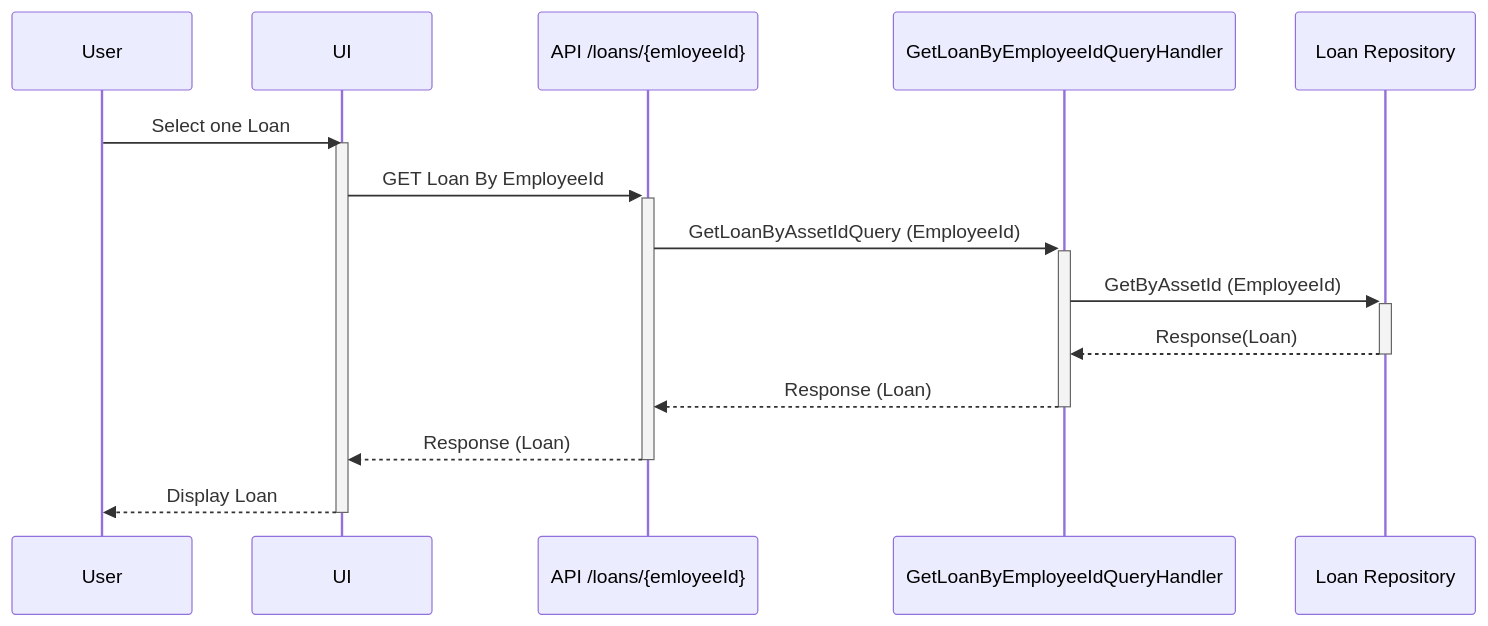
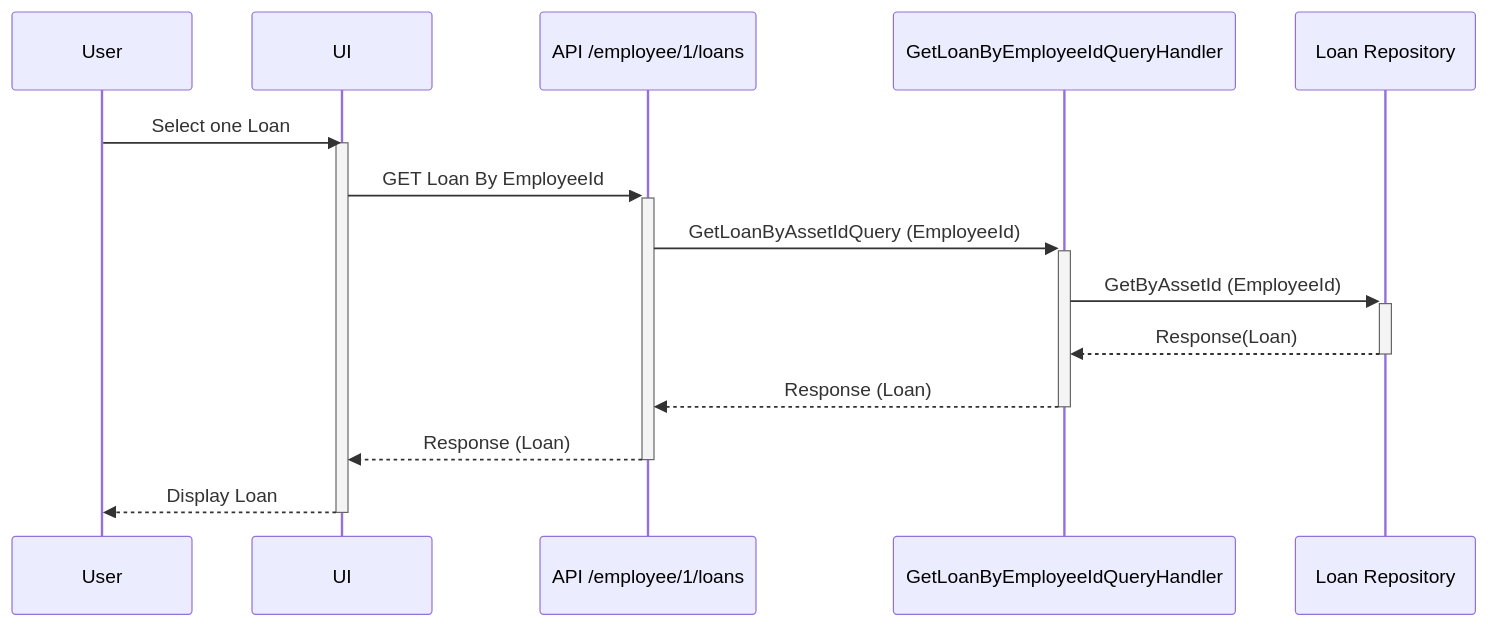
One commit to livun/bouvet-asset-hub changed the fourth of 6 diagrams in docs/sequence-diagrams/read-loan.md. Above: the diagram before and after it, drawn with Mermaid. The commit also changed other lines of this file and 4 other files, not shown here.

````diff
--- a/docs/sequence-diagrams/read-loan.md
+++ b/docs/sequence-diagrams/read-loan.md
@@ -54,14 +54,14 @@
 ```mermaid
 sequenceDiagram
 User ->> UI : Select one Loan
    Activate UI
-        UI ->>+ API /loans/{emloyeeId}: GET Loan By EmployeeId
-        API /loans/{emloyeeId} ->>+ GetLoanByEmployeeIdQueryHandler : GetLoanByAssetIdQuery (EmployeeId)
+        UI ->>+ API /employee/1/loans: GET Loan By EmployeeId
+        API /employee/1/loans ->>+ GetLoanByEmployeeIdQueryHandler : GetLoanByAssetIdQuery (EmployeeId)
         GetLoanByEmployeeIdQueryHandler ->>+ Loan Repository : GetByAssetId (EmployeeId)
         Loan Repository -->>- GetLoanByEmployeeIdQueryHandler : Response(Loan)
-        GetLoanByEmployeeIdQueryHandler -->>- API /loans/{emloyeeId} : Response (Loan)
-        API /loans/{emloyeeId} -->>- UI : Response (Loan)
+        GetLoanByEmployeeIdQueryHandler -->>- API /employee/1/loans : Response (Loan)
+        API /employee/1/loans -->>- UI : Response (Loan)
         UI -->> User: Display Loan
     Deactivate UI
 
 ```
````
